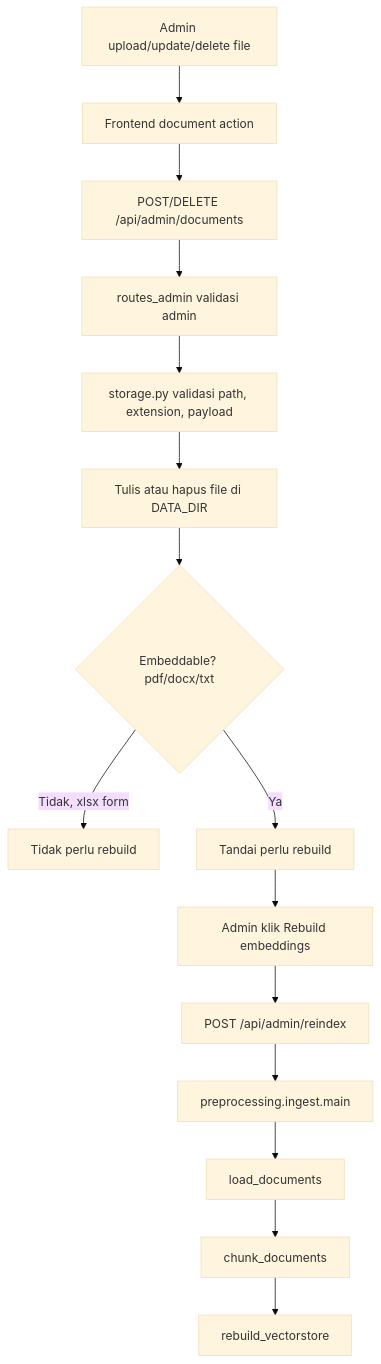
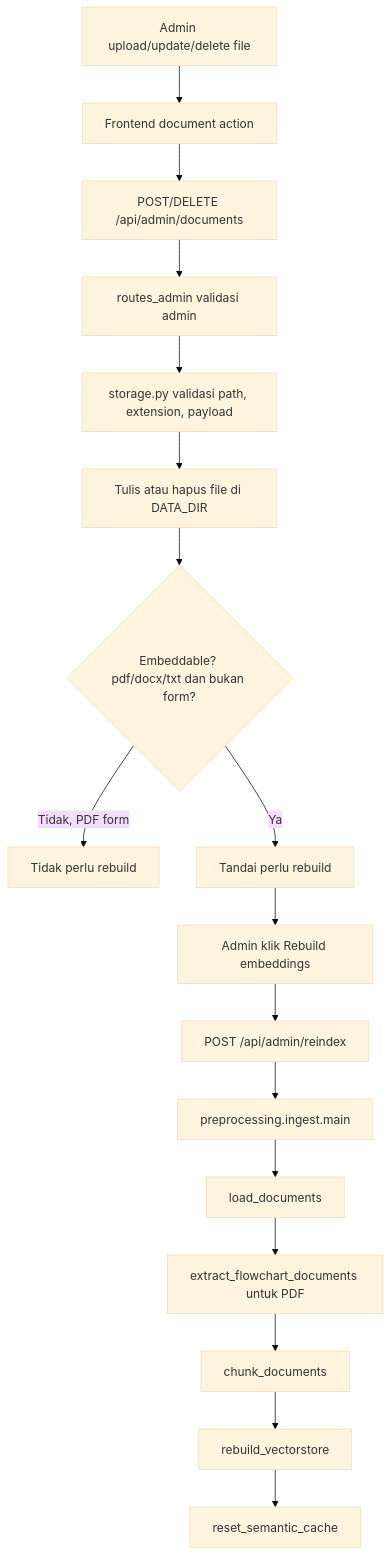
One commit to Akram17t/Internship changed the third of 6 diagrams in Capstone/docs/SYSTEM_FLOWS.md. Above: the diagram before and after it, drawn with Mermaid (base theme). The commit also changed other lines of this file and 14 other files, not shown here.

````diff
--- a/Capstone/docs/SYSTEM_FLOWS.md
+++ b/Capstone/docs/SYSTEM_FLOWS.md
@@ -77,17 +141,19 @@
 ```mermaid
 flowchart TD
   A[Admin upload/update/delete file] --> B[Frontend document action]
   B --> C[POST/DELETE /api/admin/documents]
   C --> D[routes_admin validasi admin]
   D --> E[storage.py validasi path, extension, payload]
   E --> F[Tulis atau hapus file di DATA_DIR]
-  F --> G{Embeddable? pdf/docx/txt}
-  G -->|Tidak, xlsx form| H[Tidak perlu rebuild]
+  F --> G{Embeddable? pdf/docx/txt dan bukan form?}
+  G -->|Tidak, PDF form| H[Tidak perlu rebuild]
   G -->|Ya| I[Tandai perlu rebuild]
   I --> J[Admin klik Rebuild embeddings]
   J --> K[POST /api/admin/reindex]
   K --> L[preprocessing.ingest.main]
   L --> M[load_documents]
-  M --> N[chunk_documents]
-  N --> O[rebuild_vectorstore]
+  M --> N[extract_flowchart_documents untuk PDF]
+  N --> O[chunk_documents]
+  O --> P[rebuild_vectorstore]
+  P --> Q[reset_semantic_cache]
 ```
````
